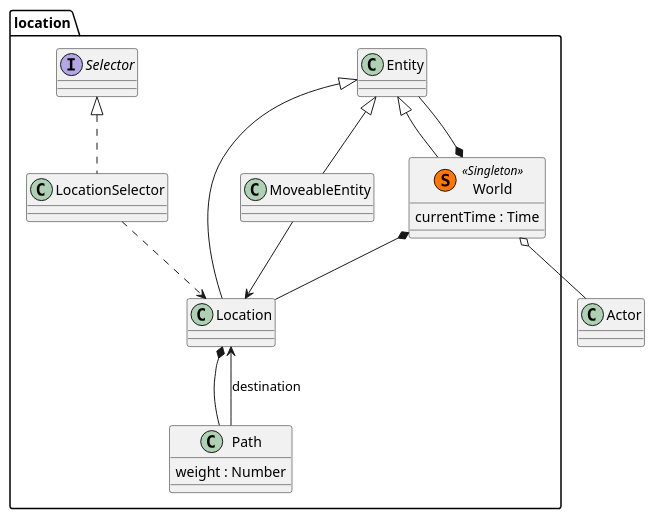
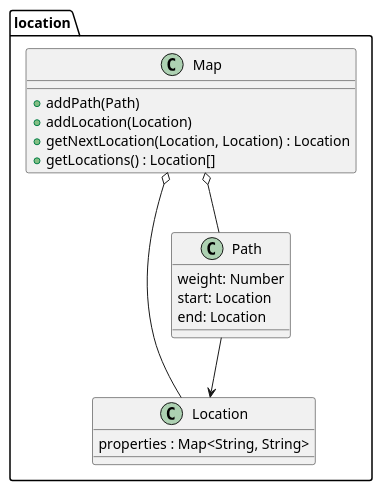
The diagram in design/class/location.puml (gergelyszaz/SandboxVN), drawn with PlantUML before and after one commit. The commit also changed 9 other files, not shown here.

Commit message:
Update UML

```diff
--- a/design/class/location.puml
+++ b/design/class/location.puml
@@ -1,31 +1,30 @@
-@startuml
+@startuml location
 
 package location {
-    class Location extends Entity
-
-    class MoveableEntity extends Entity
+    class Location {
+        properties : Map<String, String>
+    }
 
     class Path {
-        weight : Number
+        weight: Number
+        start: Location
+        end: Location
     }
 
-    class World << (S,#FF7700) Singleton>> extends Entity {
-        currentTime : Time
+    class Map {
+        +addPath(Path)
+        +addLocation(Location)
+        +getNextLocation(Location, Location) : Location
+        +getLocations() : Location[]
     }
 
-    class LocationSelector implements Selector {
-
-    }
+   
 
 }
 
-World *-- Location
-Location *-- Path
-Path --> Location : destination
-LocationSelector ..> Location
-MoveableEntity --> Location
-World *-- Entity
-World o-- Actor
+Path --> Location
+Map o-- Location
+Map o-- Path
 
 
 @enduml
```
